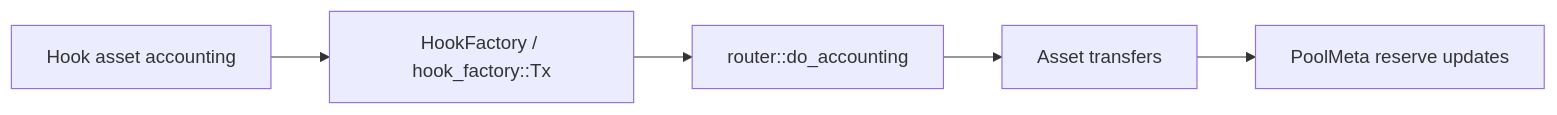
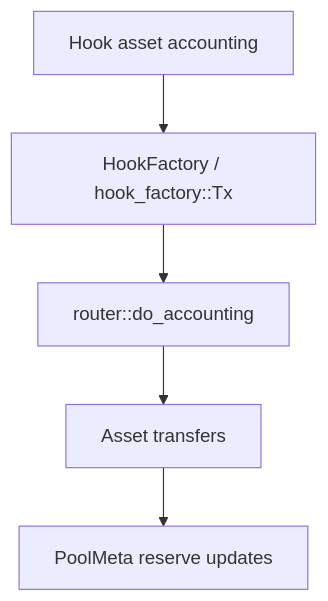
Before and after one commit to yadsendeww/hook-documentation: the seventh of 8 diagrams in README.md, drawn with Mermaid. The commit also changed other lines of this file, not shown here.

Commit message:
update flow

````diff
--- a/README.md
+++ b/README.md
@@ -218,8 +218,8 @@
 ```mermaid
-flowchart LR
+flowchart TD
     Hook[Hook asset accounting]
         --> HF[HookFactory / hook_factory::Tx]
         --> RA[router::do_accounting]
         --> AT[Asset transfers]
         --> RES[PoolMeta reserve updates]
 ```
````
